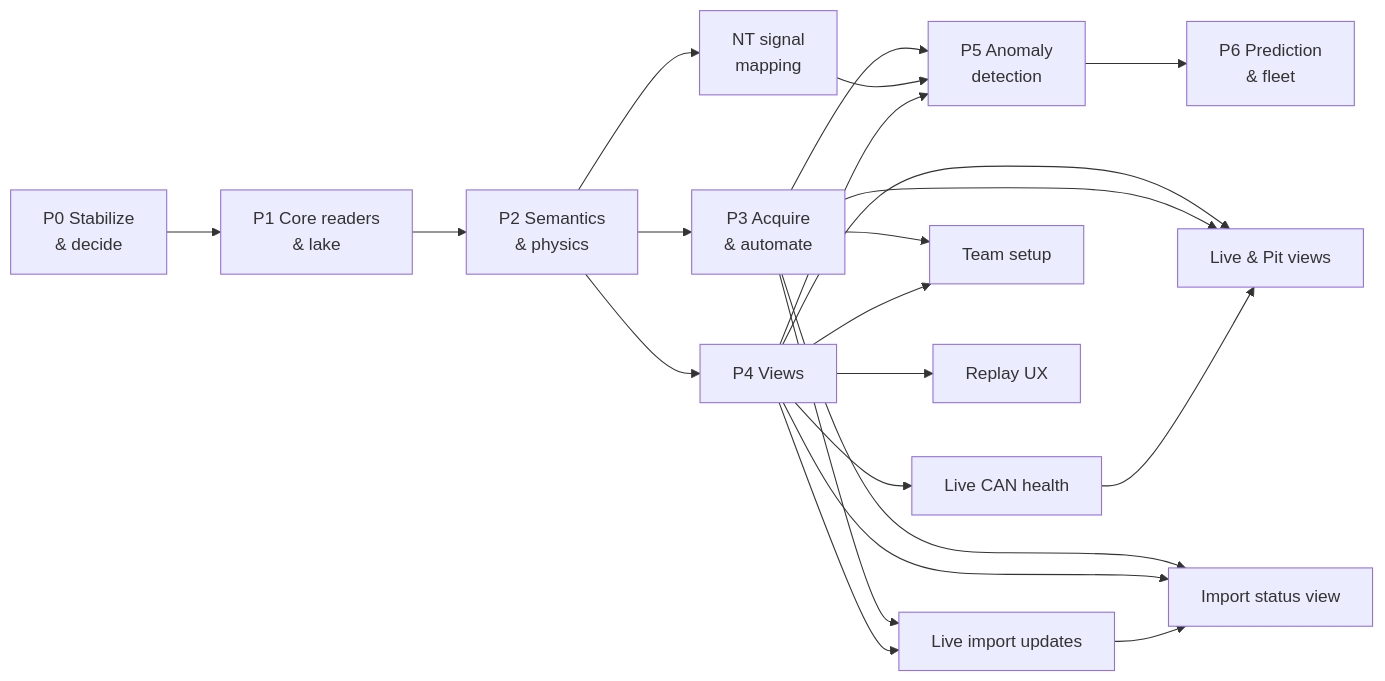
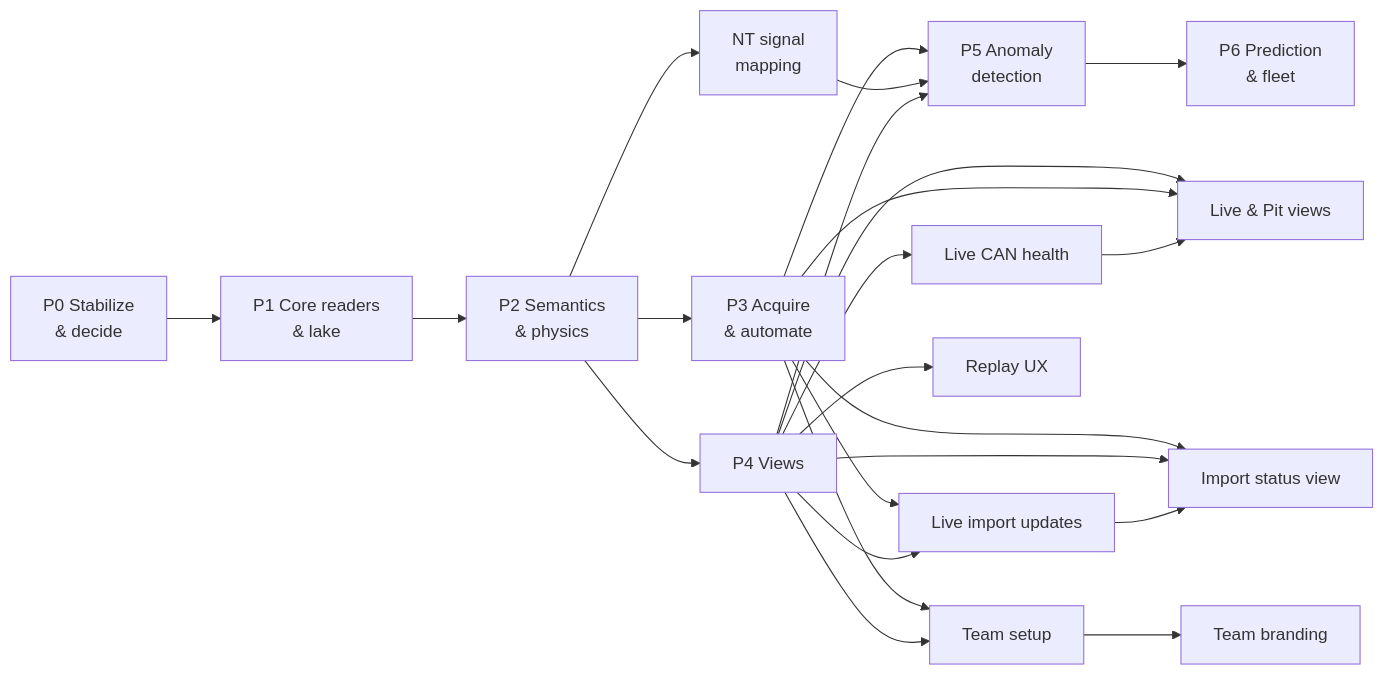
One commit to IgniteRobotics/flashpoint changed the first of 2 diagrams in docs/rewrite/06-roadmap.md. Above: the diagram before and after it, drawn with Mermaid. The commit also changed other lines of this file, not shown here.

First line of the commit message:
docs: add Team branding to the roadmap

````diff
--- a/docs/rewrite/06-roadmap.md
+++ b/docs/rewrite/06-roadmap.md
@@ -9,24 +9,25 @@
 ```mermaid
 flowchart LR
     P0[P0 Stabilize<br>& decide] --> P1[P1 Core readers<br>& lake]
     P1 --> P2[P2 Semantics<br>& physics]
     P2 --> P3[P3 Acquire<br>& automate]
     P2 --> P4[P4 Views]
     P3 --> P5[P5 Anomaly<br>detection]
     P2 --> P2b[NT signal<br>mapping]
     P2b --> P5
     P4 --> P5
     P4 --> P4b[Live & Pit views]
     P3 --> P4b
     P3 --> P4c[Import status view]
     P4 --> P4c
     P4 --> P4e[Live CAN health]
     P4e --> P4b
     P3 --> P4f[Live import updates]
     P4 --> P4f
     P4f --> P4c
     P3 --> P4g[Team setup]
     P4 --> P4g
+    P4g --> P4h[Team branding]
     P4 --> P4d[Replay UX]
     P5 --> P6[P6 Prediction<br>& fleet]
 ```
````
